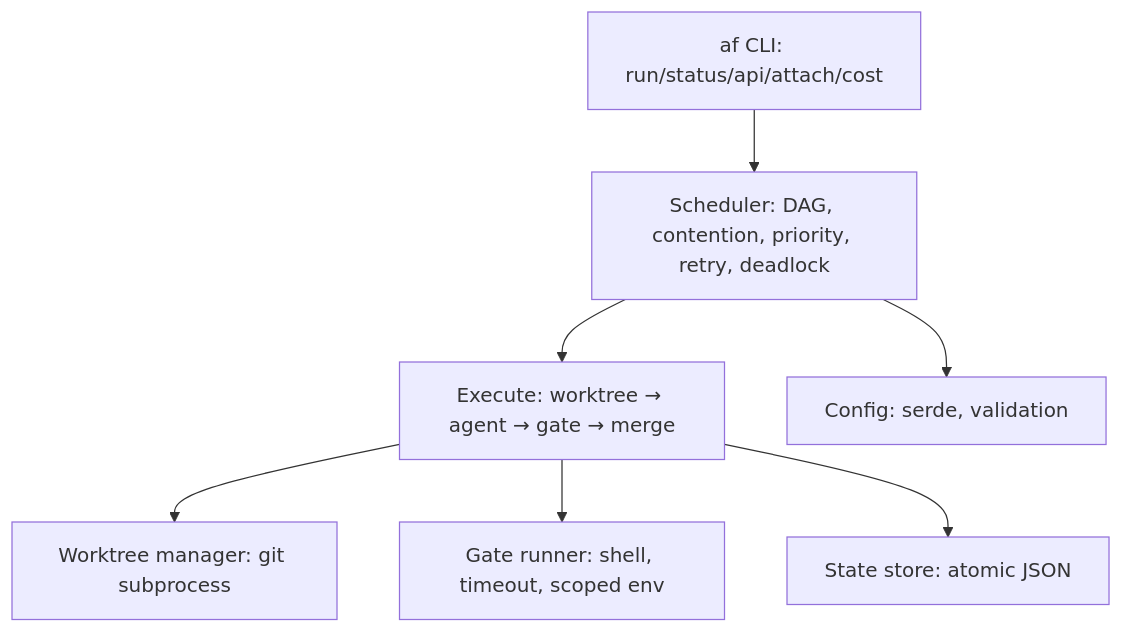
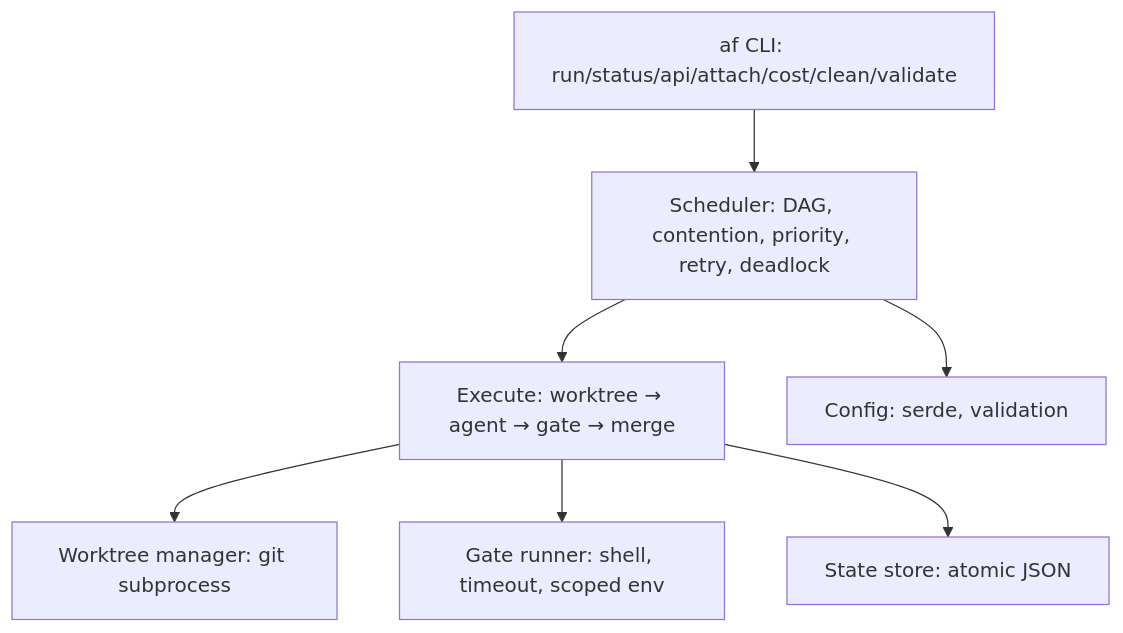
The diagram in docs/arc42/04-solution-strategy.md (tobias-weiss-ai-xr/agentflow), drawn with Mermaid before and after one commit. The commit also changed 2 other files, not shown here.

Commit message:
docs: document `af clean`, `af validate`, and `af status [--json]` in README CLI block + feature list

````diff
--- a/docs/arc42/04-solution-strategy.md
+++ b/docs/arc42/04-solution-strategy.md
@@ -37,15 +37,15 @@
 ```mermaid
 flowchart TD
-  CLI[af CLI: run/status/api/attach/cost]
+  CLI[af CLI: run/status/api/attach/cost/clean/validate]
   S[Scheduler: DAG, contention, priority, retry, deadlock]
   E[Execute: worktree → agent → gate → merge]
   WT[Worktree manager: git subprocess]
   GT[Gate runner: shell, timeout, scoped env]
   ST[State store: atomic JSON]
   CFG[Config: serde, validation]
 
   CLI --> S --> E --> WT
   E --> GT
   S --> CFG
   E --> ST
 ```
````
